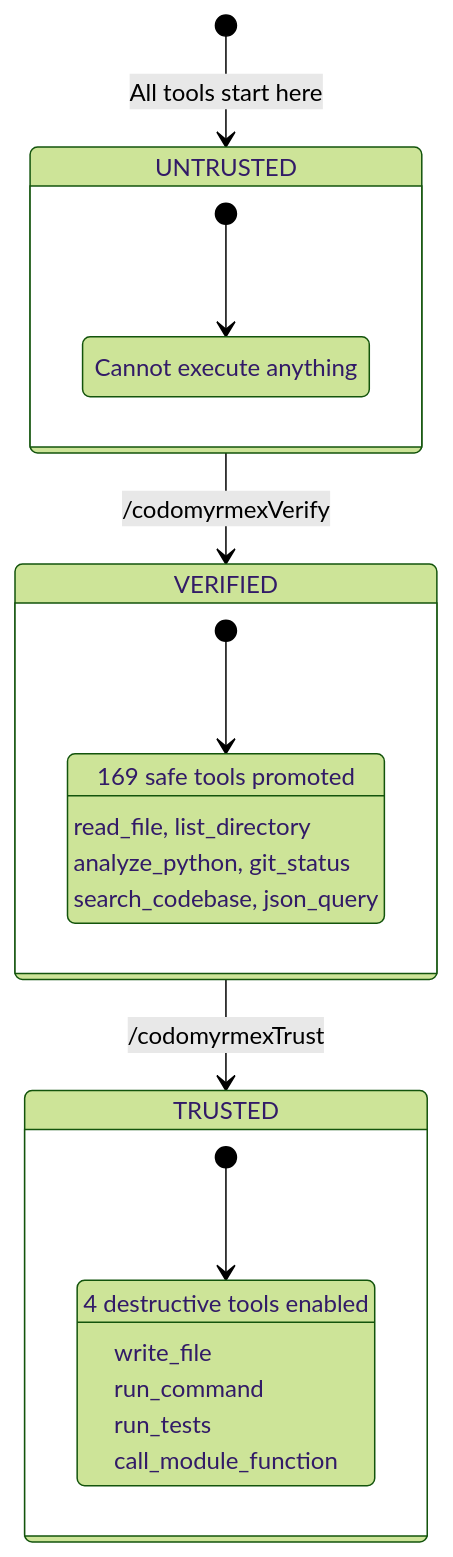
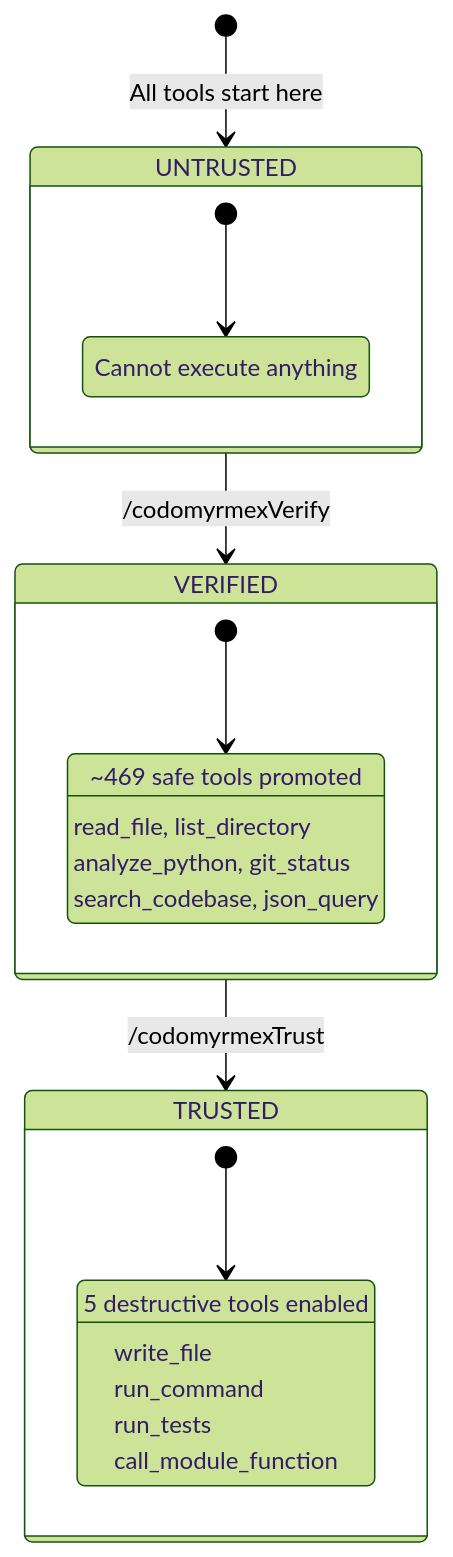
The third of 8 diagrams in docs/pai/README.md (docxology/codomyrmex), drawn with Mermaid (forest theme) before and after one commit. The commit also changed other lines of this file and 44 other files, not shown here.

````diff
--- a/docs/pai/README.md
+++ b/docs/pai/README.md
@@ -105,28 +105,28 @@
 ```mermaid
 stateDiagram-v2
     [*] --> UNTRUSTED: All tools start here
     UNTRUSTED --> VERIFIED: /codomyrmexVerify
     VERIFIED --> TRUSTED: /codomyrmexTrust
 
     state UNTRUSTED {
         [*] --> Blocked
         Blocked: Cannot execute anything
     }
 
     state VERIFIED {
         [*] --> SafeOps
-        SafeOps: 169 safe tools promoted
+        SafeOps: ~469 safe tools promoted
         SafeOps: read_file, list_directory
         SafeOps: analyze_python, git_status
         SafeOps: search_codebase, json_query
     }
 
     state TRUSTED {
         [*] --> FullAccess
-        FullAccess: 4 destructive tools enabled
+        FullAccess: 5 destructive tools enabled
         FullAccess: write_file
         FullAccess: run_command
         FullAccess: run_tests
         FullAccess: call_module_function
     }
 ```
````
